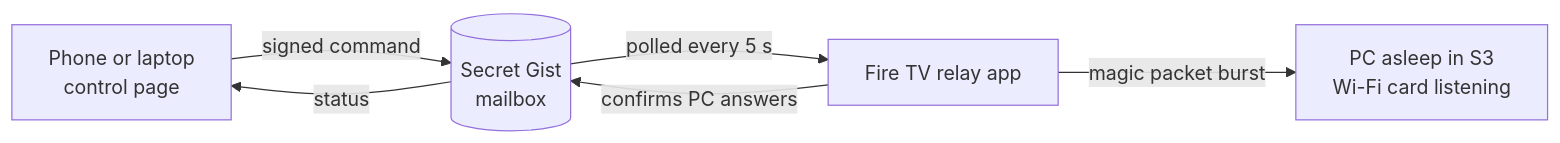
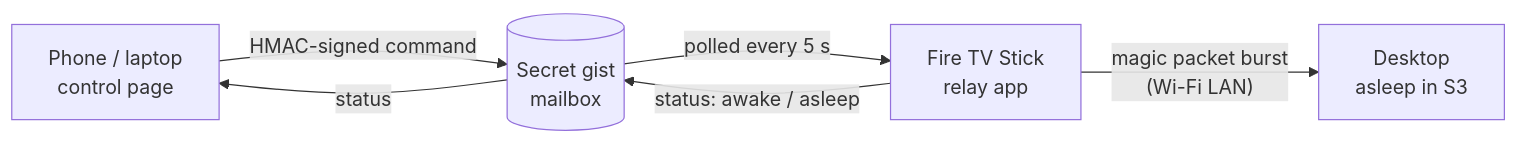
The diagram in README.md (marcosvec/pc-wake), drawn with Mermaid before and after one commit. The commit also changed other lines of this file and 11 other files, not shown here.

First line of the commit message:
v0.4: always-on relay, re-burst until awake, bundled QR lib

````diff
--- a/README.md
+++ b/README.md
@@ -9,8 +5,8 @@
 ```mermaid
 flowchart LR
-    A[Phone or laptop<br/>control page] -->|signed command| B[(Secret Gist<br/>mailbox)]
-    B -->|polled every 5 s| C[Fire TV relay app]
-    C -->|magic packet burst| D[PC asleep in S3<br/>Wi-Fi card listening]
-    C -->|confirms PC answers| B
-    B -->|status| A
+    phone["Phone / laptop<br/>control page"] -- "HMAC-signed command" --> gist[("Secret gist<br/>mailbox")]
+    gist -- "polled every 5 s" --> relay["Fire TV Stick<br/>relay app"]
+    relay -- "magic packet burst<br/>(Wi-Fi LAN)" --> pc["Desktop<br/>asleep in S3"]
+    relay -- "status: awake / asleep" --> gist
+    gist -- "status" --> phone
 ```
````
